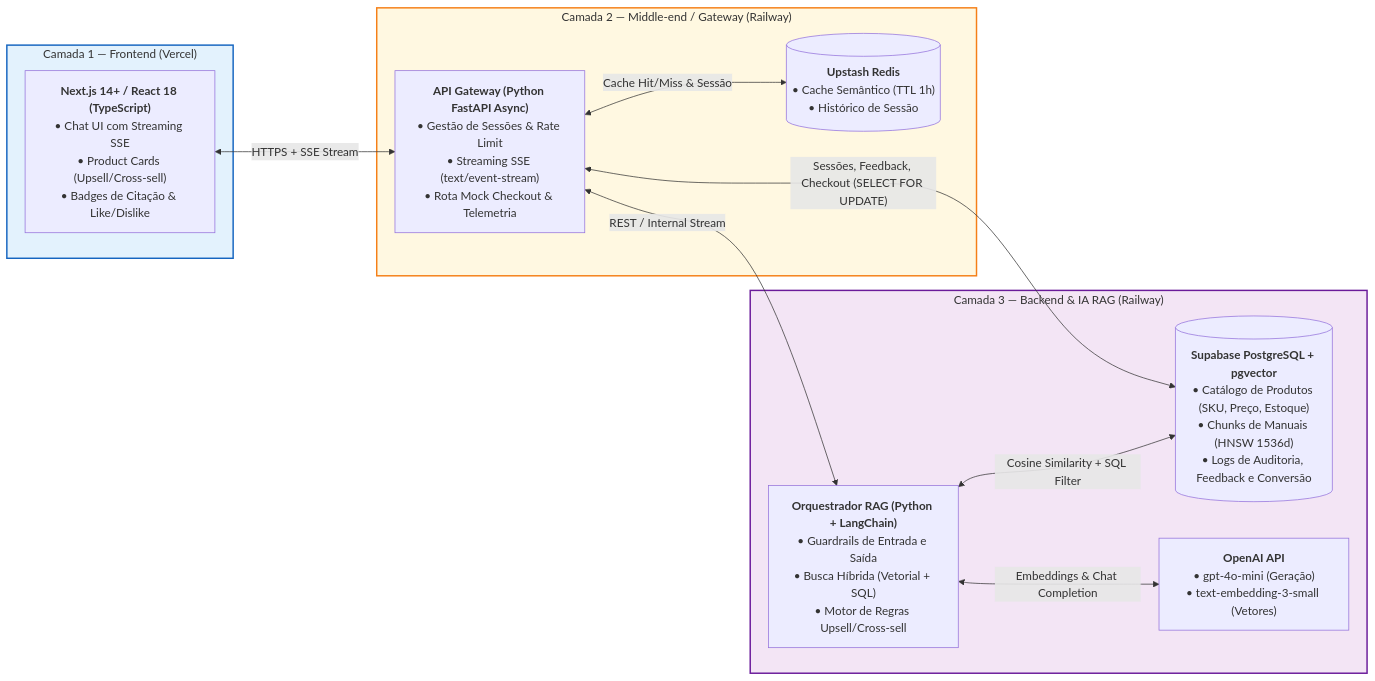
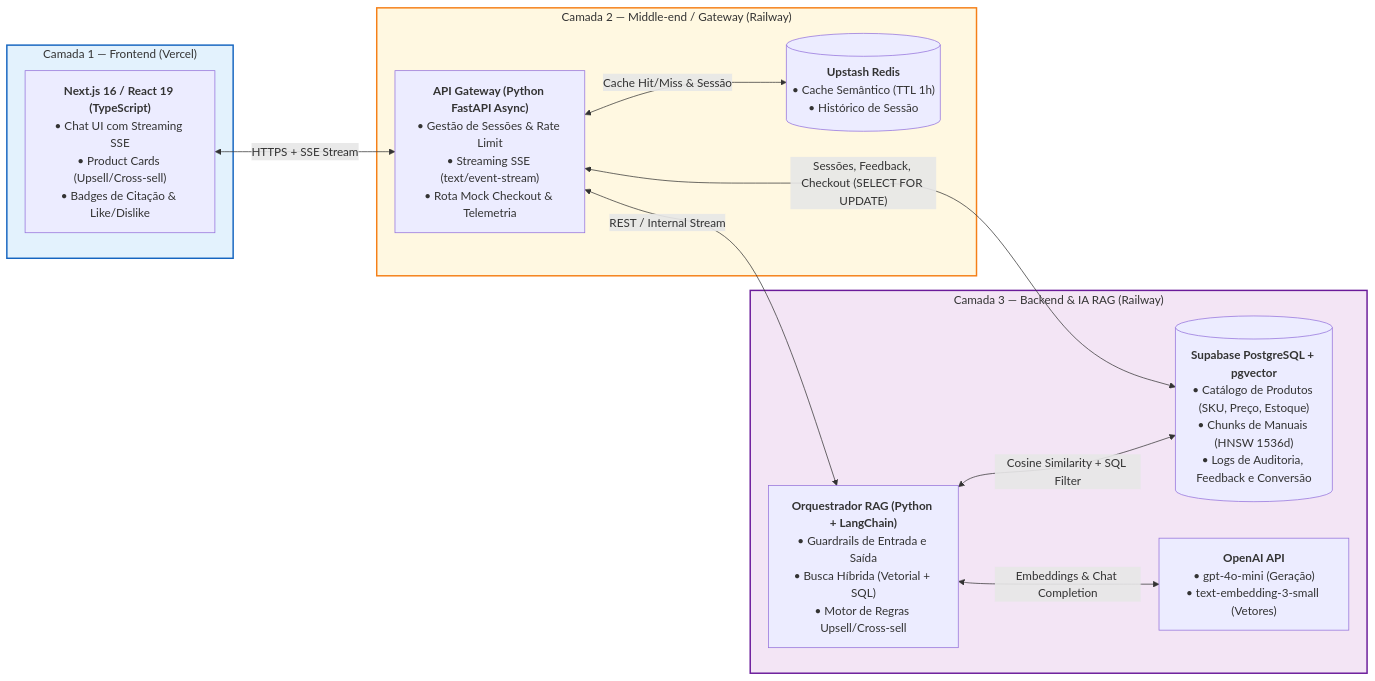
Before and after one commit to rodrigololr/smartsales_rag: the diagram in README.md, drawn with Mermaid. The commit also changed other lines of this file and 7 other files, not shown here.

````diff
--- a/README.md
+++ b/README.md
@@ -78,28 +78,28 @@
 ```mermaid
 flowchart LR
     subgraph CLIENT ["Camada 1 — Frontend (Vercel)"]
-        UI["<b>Next.js 14+ / React 18 (TypeScript)</b><br/>• Chat UI com Streaming SSE<br/>• Product Cards (Upsell/Cross-sell)<br/>• Badges de Citação & Like/Dislike"]
+        UI["<b>Next.js 16 / React 19 (TypeScript)</b><br/>• Chat UI com Streaming SSE<br/>• Product Cards (Upsell/Cross-sell)<br/>• Badges de Citação & Like/Dislike"]
     end
 
     subgraph GATEWAY ["Camada 2 — Middle-end / Gateway (Railway)"]
         GW["<b>API Gateway (Python FastAPI Async)</b><br/>• Gestão de Sessões & Rate Limit<br/>• Streaming SSE (text/event-stream)<br/>• Rota Mock Checkout & Telemetria"]
         REDIS[("<b>Upstash Redis</b><br/>• Cache Semântico (TTL 1h)<br/>• Histórico de Sessão")]
     end
 
     subgraph BACKEND ["Camada 3 — Backend & IA RAG (Railway)"]
         ORQ["<b>Orquestrador RAG (Python + LangChain)</b><br/>• Guardrails de Entrada e Saída<br/>• Busca Híbrida (Vetorial + SQL)<br/>• Motor de Regras Upsell/Cross-sell"]
         PGV[("<b>Supabase PostgreSQL + pgvector</b><br/>• Catálogo de Produtos (SKU, Preço, Estoque)<br/>• Chunks de Manuais (HNSW 1536d)<br/>• Logs de Auditoria, Feedback e Conversão")]
         LLM["<b>OpenAI API</b><br/>• gpt-4o-mini (Geração)<br/>• text-embedding-3-small (Vetores)"]
     end
 
     UI <-->|"HTTPS + SSE Stream"| GW
     GW <-->|"Cache Hit/Miss & Sessão"| REDIS
     GW <-->|"REST / Internal Stream"| ORQ
     GW <-->|"Sessões, Feedback, Checkout (SELECT FOR UPDATE)"| PGV
     ORQ <-->|"Cosine Similarity + SQL Filter"| PGV
     ORQ <-->|"Embeddings & Chat Completion"| LLM
 
     style CLIENT fill:#e3f2fd,stroke:#1565c0,stroke-width:2px
     style GATEWAY fill:#fff8e1,stroke:#f57f17,stroke-width:2px
     style BACKEND fill:#f3e5f5,stroke:#6a1b9a,stroke-width:2px
 ```
````
